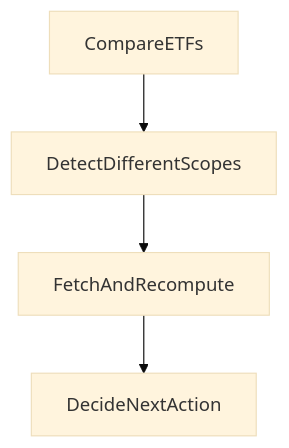
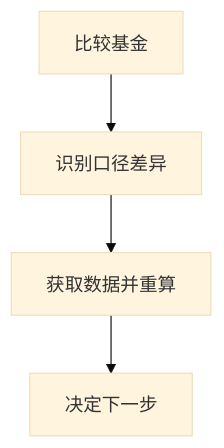
One commit to hpoenixf/eff-agent-article changed the first of 2 diagrams in articles/adaptive-research-python-workbench.md. Above: the diagram before and after it, drawn with Mermaid (base theme). The commit also changed other lines of this file and 52 other files, not shown here.

Commit message:
docs: localize diagrams and clarify flagship guides

````diff
--- a/articles/adaptive-research-python-workbench.md
+++ b/articles/adaptive-research-python-workbench.md
@@ -43,6 +43,6 @@
 ```mermaid
 graph TD
-CompareETFs --> DetectDifferentScopes
-DetectDifferentScopes --> FetchAndRecompute
-FetchAndRecompute --> DecideNextAction
+CompareETFs["比较基金"] --> DetectDifferentScopes["识别口径差异"]
+DetectDifferentScopes --> FetchAndRecompute["获取数据并重算"]
+FetchAndRecompute --> DecideNextAction["决定下一步"]
 ```
````
